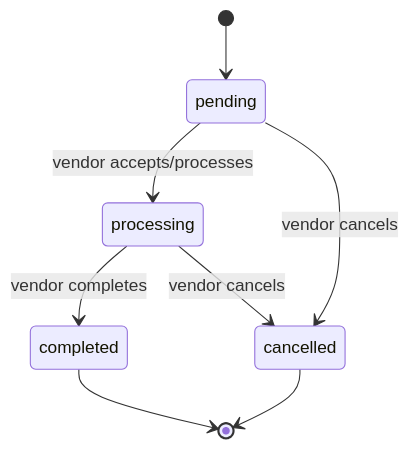
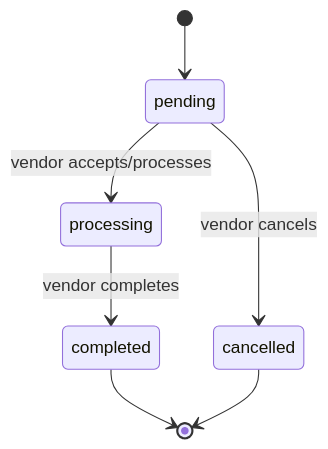
Before and after one commit to yaswanthsai002/multi-vendor-saas: the eighth of 11 diagrams in docs/domain-flows.md, drawn with Mermaid. The commit also changed other lines of this file and 34 other files, not shown here.

````diff
--- a/docs/domain-flows.md
+++ b/docs/domain-flows.md
@@ -113,10 +206,9 @@
 ```mermaid
 stateDiagram-v2
   [*] --> pending
   pending --> processing: vendor accepts/processes
   pending --> cancelled: vendor cancels
   processing --> completed: vendor completes
-  processing --> cancelled: vendor cancels
   completed --> [*]
   cancelled --> [*]
 ```
````
